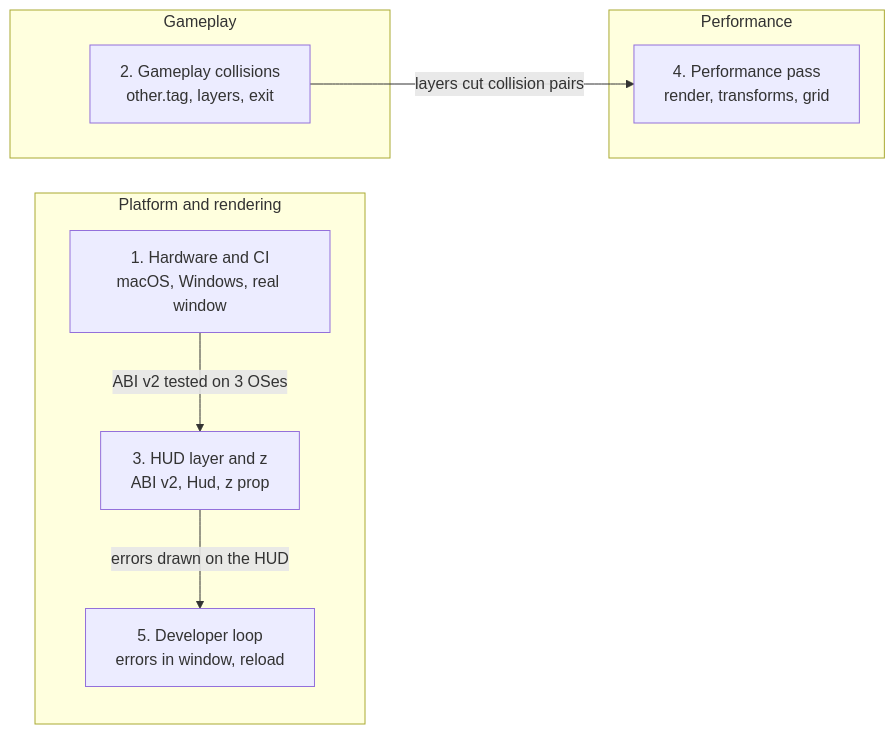
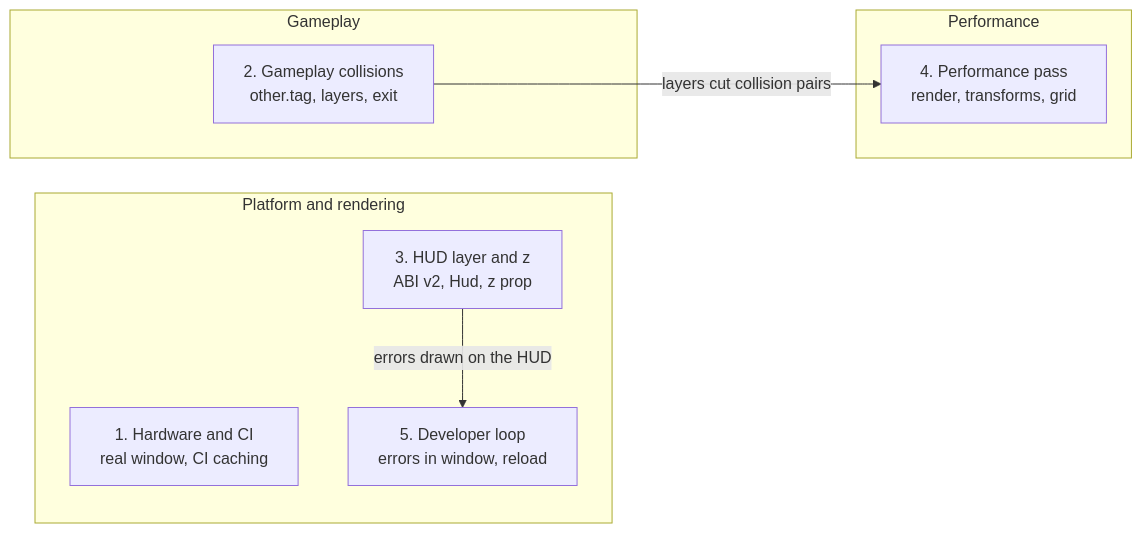
Before and after one commit to nengler/react-game-engine: the diagram in docs/NEXT_PRIORITIES.md, drawn with Mermaid. The commit also changed other lines of this file and 13 other files, not shown here.

First line of the commit message:
Add z draw order; drop macOS and Windows CI from the plans

````diff
--- a/docs/NEXT_PRIORITIES.md
+++ b/docs/NEXT_PRIORITIES.md
@@ -128,14 +126,14 @@
 ```mermaid
 flowchart LR
   subgraph platform["Platform and rendering"]
-    P1["1. Hardware and CI<br/>macOS, Windows, real window"] -->|ABI v2 tested on 3 OSes| P3["3. HUD layer and z<br/>ABI v2, Hud, z prop"]
-    P3 -->|errors drawn on the HUD| P5["5. Developer loop<br/>errors in window, reload"]
+    P1["1. Hardware and CI<br/>real window, CI caching"]
+    P3["3. HUD layer and z<br/>ABI v2, Hud, z prop"] -->|errors drawn on the HUD| P5["5. Developer loop<br/>errors in window, reload"]
   end
   subgraph gameplay["Gameplay"]
     P2["2. Gameplay collisions<br/>other.tag, layers, exit"]
   end
   subgraph performance["Performance"]
     P4["4. Performance pass<br/>render, transforms, grid"]
   end
   P2 -->|layers cut collision pairs| P4
 ```
````
